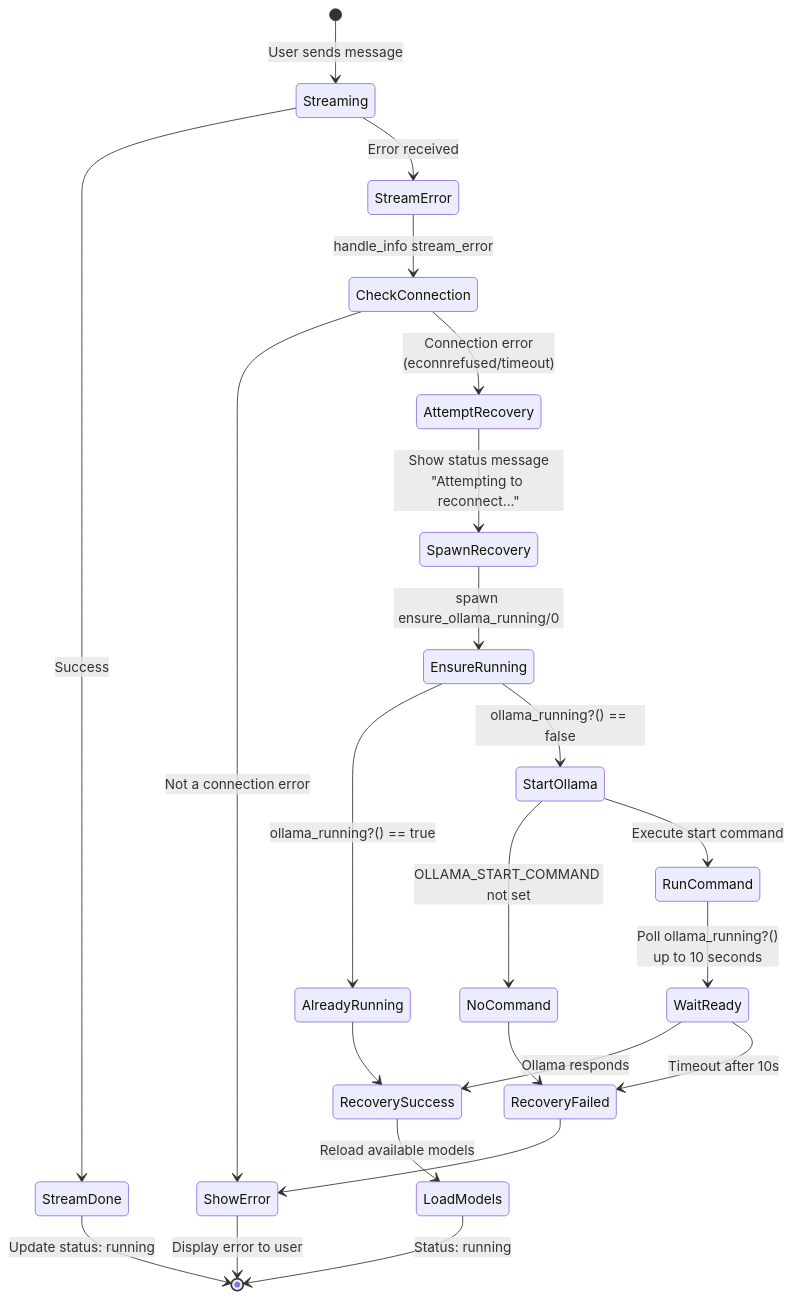
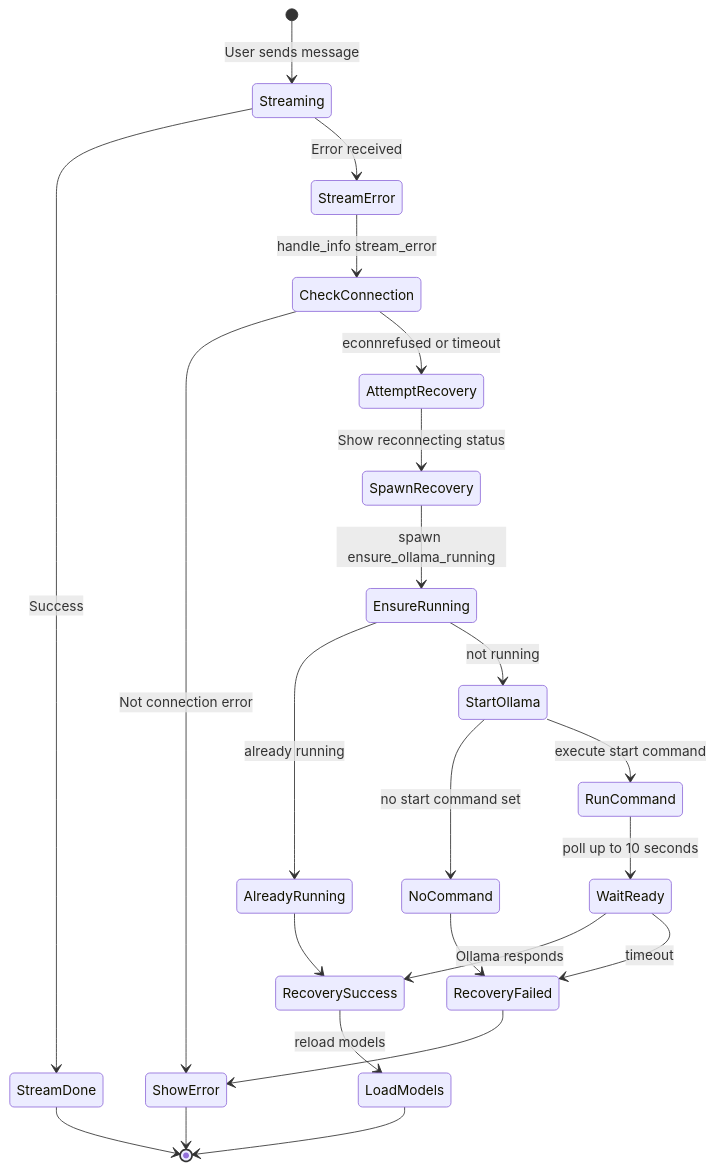
Before and after one commit to dmcbane/ollama_chat: the diagram in docs/diagrams/04-error-recovery.md, drawn with Mermaid. The commit also changed 3 other files, not shown here.

First line of the commit message:
Add rendered architecture PDF and diagram render script

````diff
--- a/docs/diagrams/04-error-recovery.md
+++ b/docs/diagrams/04-error-recovery.md
@@ -5,35 +5,35 @@
 ```mermaid
 stateDiagram-v2
     [*] --> Streaming: User sends message
 
     Streaming --> StreamDone: Success
     Streaming --> StreamError: Error received
 
     StreamError --> CheckConnection: handle_info stream_error
-    CheckConnection --> ShowError: Not a connection error
-    CheckConnection --> AttemptRecovery: Connection error<br/>(econnrefused/timeout)
+    CheckConnection --> ShowError: Not connection error
+    CheckConnection --> AttemptRecovery: econnrefused or timeout
 
-    AttemptRecovery --> SpawnRecovery: Show status message<br/>"Attempting to reconnect..."
-    SpawnRecovery --> EnsureRunning: spawn ensure_ollama_running/0
+    AttemptRecovery --> SpawnRecovery: Show reconnecting status
+    SpawnRecovery --> EnsureRunning: spawn ensure_ollama_running
 
-    EnsureRunning --> AlreadyRunning: ollama_running?() == true
-    EnsureRunning --> StartOllama: ollama_running?() == false
+    EnsureRunning --> AlreadyRunning: already running
+    EnsureRunning --> StartOllama: not running
 
-    StartOllama --> NoCommand: OLLAMA_START_COMMAND not set
-    StartOllama --> RunCommand: Execute start command
+    StartOllama --> NoCommand: no start command set
+    StartOllama --> RunCommand: execute start command
 
-    RunCommand --> WaitReady: Poll ollama_running?()<br/>up to 10 seconds
+    RunCommand --> WaitReady: poll up to 10 seconds
     WaitReady --> RecoverySuccess: Ollama responds
-    WaitReady --> RecoveryFailed: Timeout after 10s
+    WaitReady --> RecoveryFailed: timeout
 
     AlreadyRunning --> RecoverySuccess
     NoCommand --> RecoveryFailed
 
-    RecoverySuccess --> LoadModels: Reload available models
-    LoadModels --> [*]: Status: running
+    RecoverySuccess --> LoadModels: reload models
+    LoadModels --> [*]
 
     RecoveryFailed --> ShowError
-    ShowError --> [*]: Display error to user
+    ShowError --> [*]
 
-    StreamDone --> [*]: Update status: running
+    StreamDone --> [*]
 ```
````
